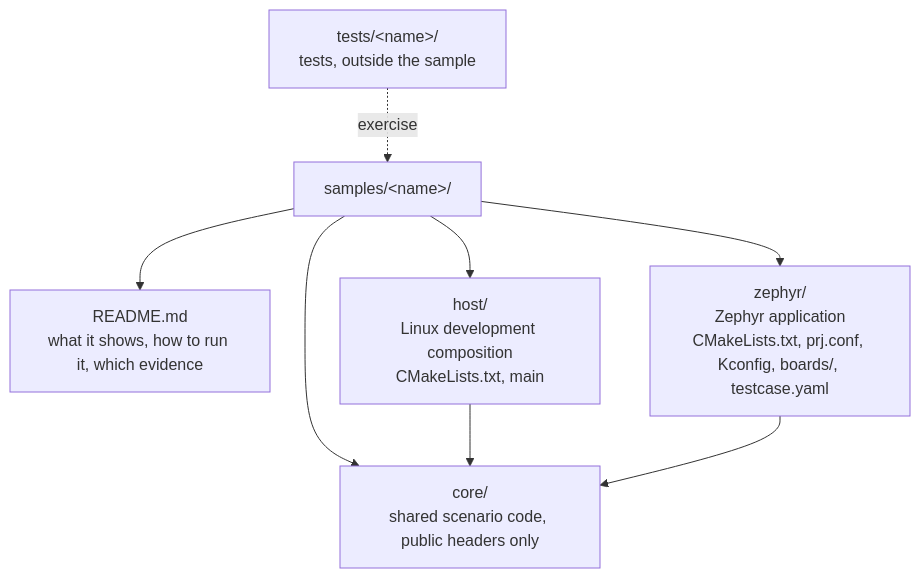
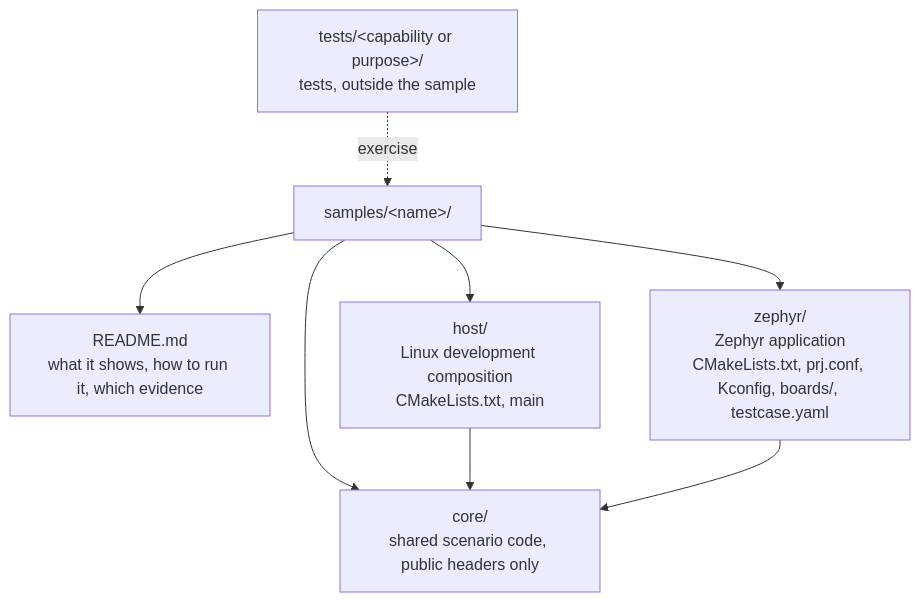
The second of 2 diagrams in docs/architecture.md (wonny-labs/crux-pilot), drawn with Mermaid before and after one commit. The commit also changed other lines of this file, not shown here.

````diff
--- a/docs/architecture.md
+++ b/docs/architecture.md
@@ -99,16 +99,16 @@
 ```mermaid
 flowchart TB
     root["samples/&lt;name&gt;/"]
     readme["README.md<br/>what it shows, how to run it, which evidence"]
     core["core/<br/>shared scenario code, public headers only"]
     host["host/<br/>Linux development composition<br/>CMakeLists.txt, main"]
     zephyr["zephyr/<br/>Zephyr application<br/>CMakeLists.txt, prj.conf, Kconfig, boards/, testcase.yaml"]
-    tests["tests/&lt;name&gt;/<br/>tests, outside the sample"]
+    tests["tests/&lt;capability or purpose&gt;/<br/>tests, outside the sample"]
     root --> readme
     root --> core
     root --> host
     root --> zephyr
     host --> core
     zephyr --> core
     tests -. exercise .-> root
 ```
````
